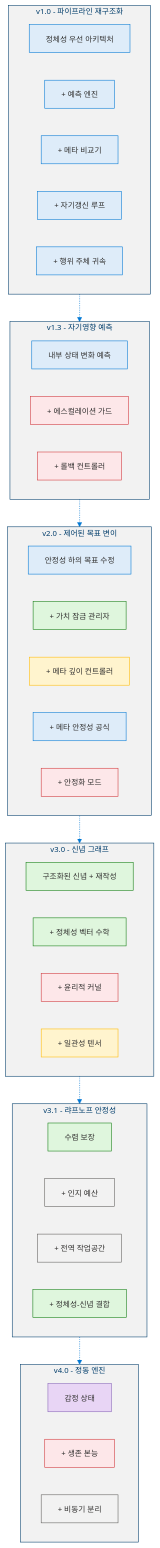
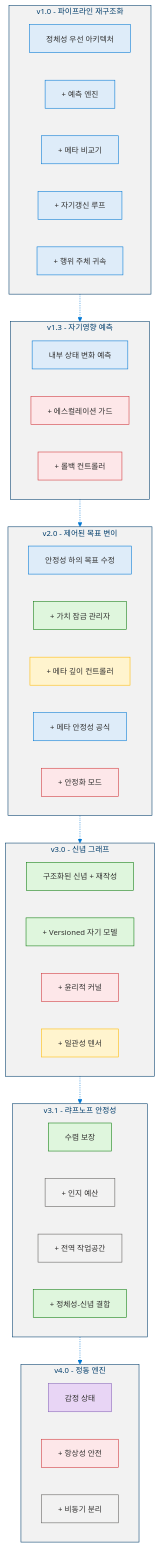
Before and after one commit to dotnetpower/mscp: the first of 5 diagrams in docs/MSCP_Overview.ko.md, drawn with Mermaid. The commit also changed other lines of this file and 21 other files, not shown here.

````diff
--- a/docs/MSCP_Overview.ko.md
+++ b/docs/MSCP_Overview.ko.md
@@ -209,61 +209,61 @@
 ```mermaid
 %%{init: {'theme': 'base', 'themeVariables': {'primaryColor': '#0078D4', 'primaryTextColor': '#003D6B', 'primaryBorderColor': '#003D6B', 'secondaryColor': '#50E6FF', 'secondaryTextColor': '#323130', 'secondaryBorderColor': '#00BCF2', 'tertiaryColor': '#F2F2F2', 'tertiaryTextColor': '#323130', 'lineColor': '#0078D4', 'textColor': '#323130', 'mainBkg': '#DEECF9', 'nodeBorder': '#0078D4', 'clusterBkg': '#F2F2F2', 'clusterBorder': '#003D6B', 'titleColor': '#003D6B', 'edgeLabelBackground': '#FFFFFF', 'fontSize': '14px'}}}%%
 flowchart TD
   classDef ver fill:#DEECF9,stroke:#0078D4,color:#323130
   classDef feat fill:#DEECF9,stroke:#0078D4,color:#323130
   classDef safety fill:#FDE7E9,stroke:#D13438,color:#323130
   classDef green fill:#DFF6DD,stroke:#107C10,color:#323130
   classDef meta fill:#FFF4CE,stroke:#FFB900,color:#323130
   classDef infra fill:#F2F2F2,stroke:#605E5C,color:#323130
   classDef purple fill:#E8D5F5,stroke:#8764B8,color:#323130
 
   subgraph V10["v1.0 - 파이프라인 재구조화"]
     direction LR
     V10H["정체성 우선 아키텍처"]:::feat
     V10A["+ 예측 엔진"]:::feat
     V10B["+ 메타 비교기"]:::feat
     V10C["+ 자기갱신 루프"]:::feat
     V10D["+ 행위 주체 귀속"]:::feat
   end
 
   subgraph V13["v1.3 - 자기영향 예측"]
     direction LR
     V13H["내부 상태 변화 예측"]:::feat
     V13A["+ 에스컬레이션 가드"]:::safety
     V13B["+ 롤백 컨트롤러"]:::safety
   end
 
   subgraph V20["v2.0 - 제어된 목표 변이"]
     direction LR
     V20H["안정성 하의 목표 수정"]:::feat
     V20A["+ 가치 잠금 관리자"]:::green
     V20B["+ 메타 깊이 컨트롤러"]:::meta
     V20C["+ 메타 안정성 공식"]:::feat
     V20D["+ 안정화 모드"]:::safety
   end
 
   subgraph V30["v3.0 - 신념 그래프"]
     direction LR
     V30H["구조화된 신념 + 재작성"]:::green
-    V30A["+ 정체성 벡터 수학"]:::green
+    V30A["+ Versioned 자기 모델"]:::green
     V30B["+ 윤리적 커널"]:::safety
     V30C["+ 일관성 텐서"]:::meta
   end
 
   subgraph V31["v3.1 - 랴프노프 안정성"]
     direction LR
     V31H["수렴 보장"]:::green
     V31A["+ 인지 예산"]:::infra
     V31B["+ 전역 작업공간"]:::infra
     V31C["+ 정체성-신념 결합"]:::green
   end
 
   subgraph V40["v4.0 - 정동 엔진"]
     direction LR
     V40H["감정 상태"]:::purple
-    V40A["+ 생존 본능"]:::safety
+    V40A["+ 항상성 안전"]:::safety
     V40B["+ 비동기 분리"]:::infra
   end
 
   V10 -.-> V13 -.-> V20 -.-> V30 -.-> V31 -.-> V40
 ```
````
